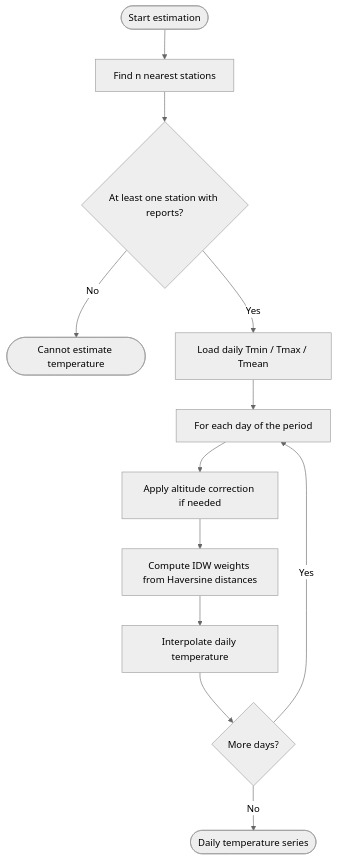
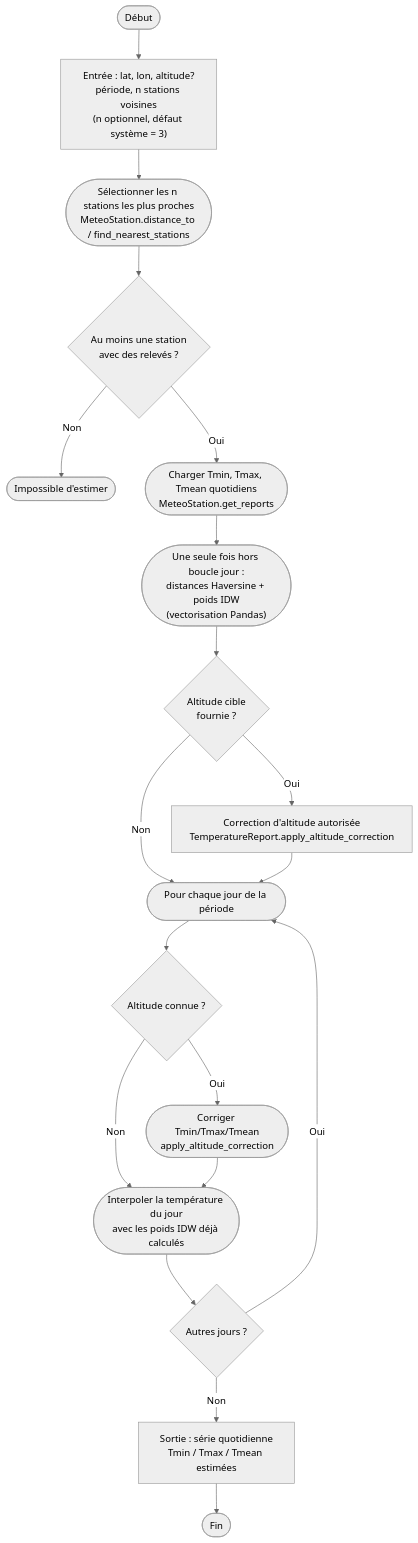
One commit to gabriel-dahan/ensai-it-project-2a-team12 changed the third of 8 diagrams in doc/activity_diagram.md. Above: the diagram before and after it, drawn with Mermaid (neutral theme). The commit also changed other lines of this file and 29 other files, not shown here.

Commit message:
New diagrams & reporr

````diff
--- a/doc/activity_diagram.md
+++ b/doc/activity_diagram.md
@@ -24,14 +38,21 @@
 ```mermaid
 flowchart TD
-    start([Start estimation]) --> nearest[Find n nearest stations]
-    nearest --> found{At least one station with reports?}
-    found -->|No| fail([Cannot estimate temperature])
-    found -->|Yes| reports[Load daily Tmin / Tmax / Tmean]
-    reports --> loopDay[For each day of the period]
-    loopDay --> correct[Apply altitude correction if needed]
-    correct --> weights[Compute IDW weights from Haversine distances]
-    weights --> interp[Interpolate daily temperature]
-    interp --> moreDays{More days?}
-    moreDays -->|Yes| loopDay
-    moreDays -->|No| done([Daily temperature series])
+    start([Début]) --> entree["Entrée : lat, lon, altitude?\npériode, n stations voisines\n(n optionnel, défaut système = 3)"]
+    entree --> nearest(["Sélectionner les n stations les plus proches\nMeteoStation.distance_to / find_nearest_stations"])
+    nearest --> found{Au moins une station\navec des relevés ?}
+    found -->|Non| fail([Impossible d'estimer])
+    found -->|Oui| reports(["Charger Tmin, Tmax, Tmean quotidiens\nMeteoStation.get_reports"])
+    reports --> weights(["Une seule fois hors boucle jour :\ndistances Haversine + poids IDW\n(vectorisation Pandas)"])
+    weights --> hasAlt{Altitude cible\nfournie ?}
+    hasAlt -->|Non| loopDay
+    hasAlt -->|Oui| noteAlt["Correction d'altitude autorisée\nTemperatureReport.apply_altitude_correction"]
+    noteAlt --> loopDay
+    loopDay([Pour chaque jour de la période]) --> correct{Altitude connue ?}
+    correct -->|Oui| applyCorr(["Corriger Tmin/Tmax/Tmean\napply_altitude_correction"])
+    correct -->|Non| interp
+    applyCorr --> interp(["Interpoler la température du jour\navec les poids IDW déjà calculés"])
+    interp --> moreDays{Autres jours ?}
+    moreDays -->|Oui| loopDay
+    moreDays -->|Non| sortie["Sortie : série quotidienne\nTmin / Tmax / Tmean estimées"]
+    sortie --> done([Fin])
 ```
````
